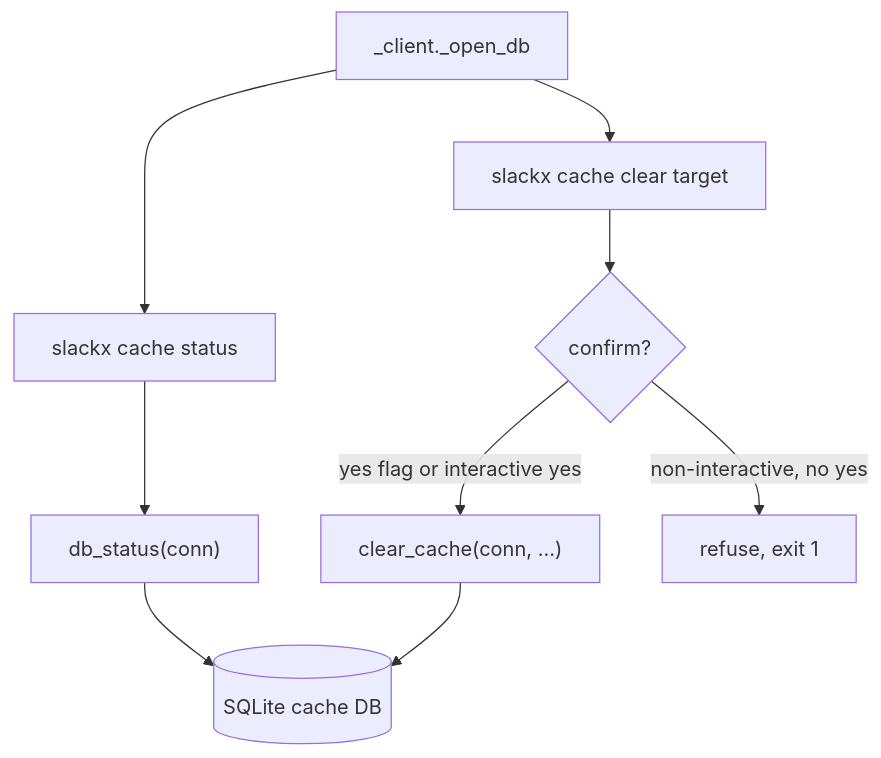
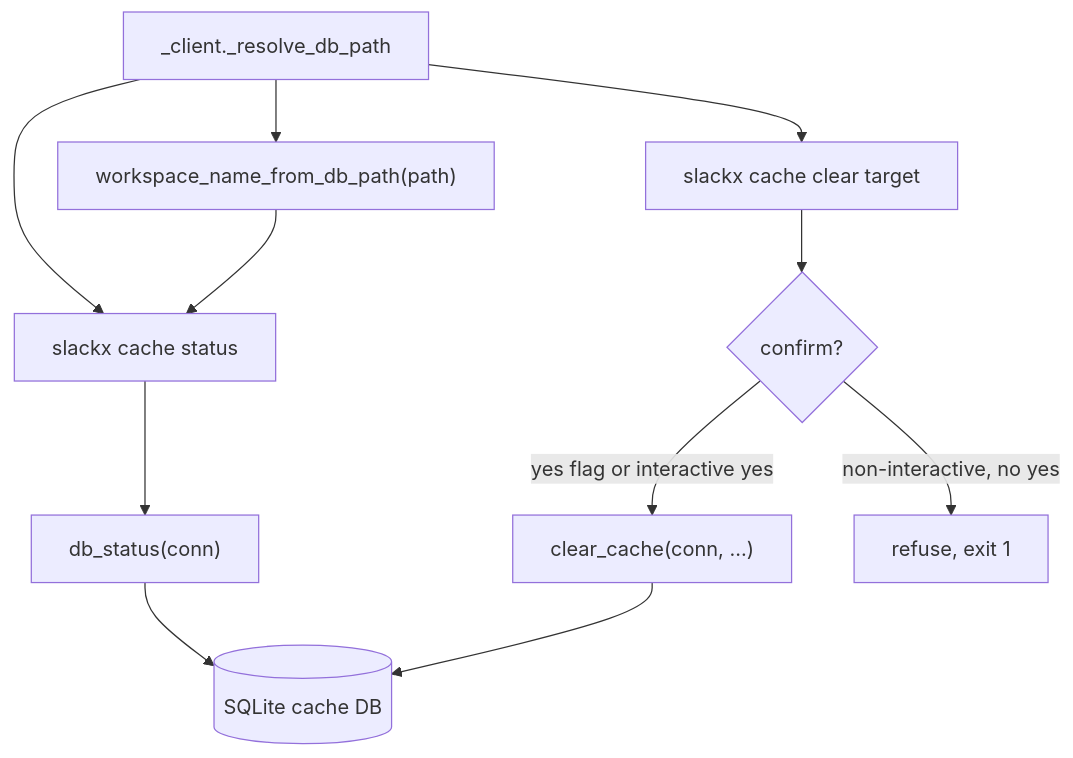
Before and after one commit to TomzxCode/slackx: the first of 4 diagrams in .sdlc/features/p5-cache-management/specification.md, drawn with Mermaid. The commit also changed other lines of this file and 12 other files, not shown here.

````diff
--- a/.sdlc/features/p5-cache-management/specification.md
+++ b/.sdlc/features/p5-cache-management/specification.md
@@ -17,11 +18,13 @@
 ```mermaid
 flowchart TD
     A["slackx cache status"] --> B["db_status(conn)"]
     C["slackx cache clear target"] --> D{"confirm?"}
     D -- "yes flag or interactive yes" --> E["clear_cache(conn, ...)"]
     D -- "non-interactive, no yes" --> F["refuse, exit 1"]
     B --> G[("SQLite cache DB")]
     E --> G
-    H["_client._open_db"] --> A
+    H["_client._resolve_db_path"] --> A
+    H --> I["workspace_name_from_db_path(path)"]
+    I --> A
     H --> C
 ```
````
